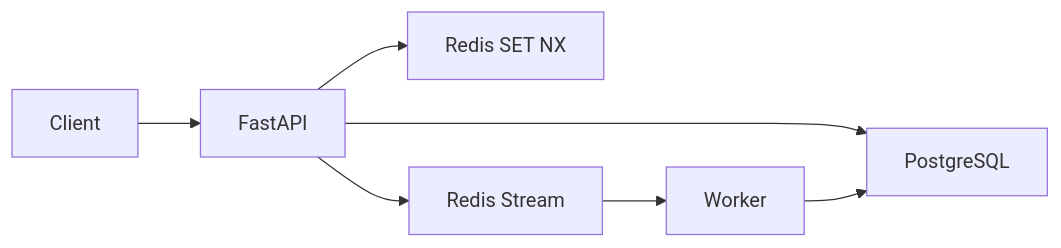
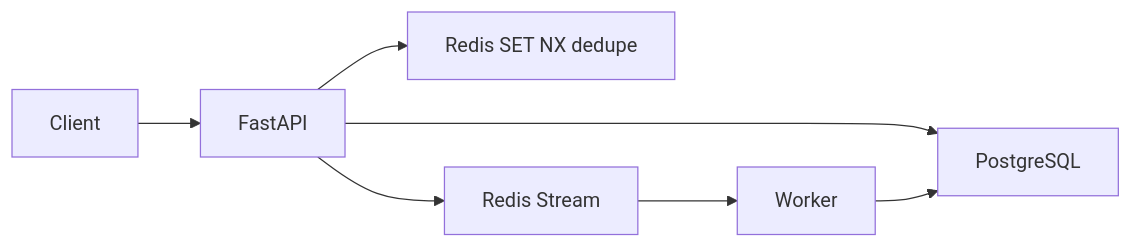
Before and after one commit to ARasugit20/eventLedger: the diagram in README.md, drawn with Mermaid. The commit also changed other lines of this file and 2 other files, not shown here.

````diff
--- a/README.md
+++ b/README.md
@@ -85,9 +61,9 @@
 ```mermaid
 flowchart LR
     Client --> FastAPI
-    FastAPI --> RedisDedupe["Redis SET NX"]
+    FastAPI --> RedisDedupe["Redis SET NX dedupe"]
     FastAPI --> PostgreSQL
     FastAPI --> RedisStream["Redis Stream"]
     RedisStream --> Worker
     Worker --> PostgreSQL
 ```
````
